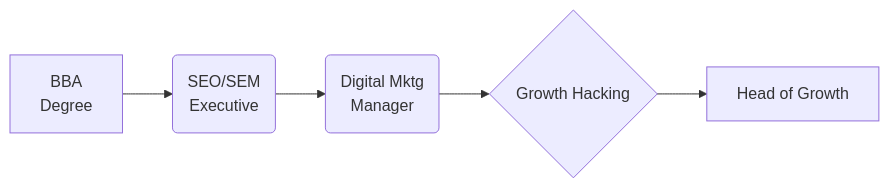
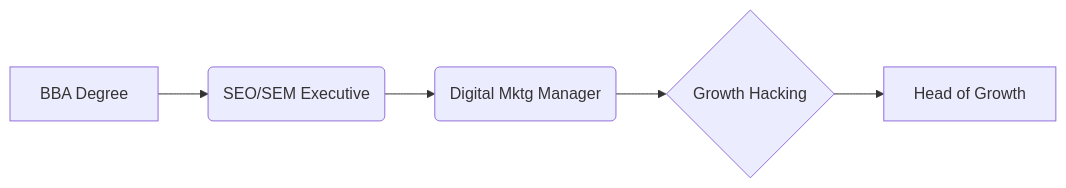
One commit to the-career-breweries/tcb-soft-skills changed the second of 3 diagrams in curriculum-app/src/content/lessons/ug/bba/sem5/week18.md. Above: the diagram before and after it, drawn with Mermaid. The commit also changed other lines of this file and 4 other files, not shown here.

Commit message:
fix: correctly initialize mermaid on render with htmlLabels false

````diff
--- a/curriculum-app/src/content/lessons/ug/bba/sem5/week18.md
+++ b/curriculum-app/src/content/lessons/ug/bba/sem5/week18.md
@@ -42,7 +42,7 @@
 ```mermaid
 flowchart LR
-    A[BBA<br/>Degree] --> B(SEO/SEM<br/>Executive)
-    B --> C(Digital Mktg<br/>Manager)
+    A[BBA Degree] --> B(SEO/SEM Executive)
+    B --> C(Digital Mktg Manager)
     C --> D{Growth Hacking}
     D --> E[Head of Growth]
 ```
````
